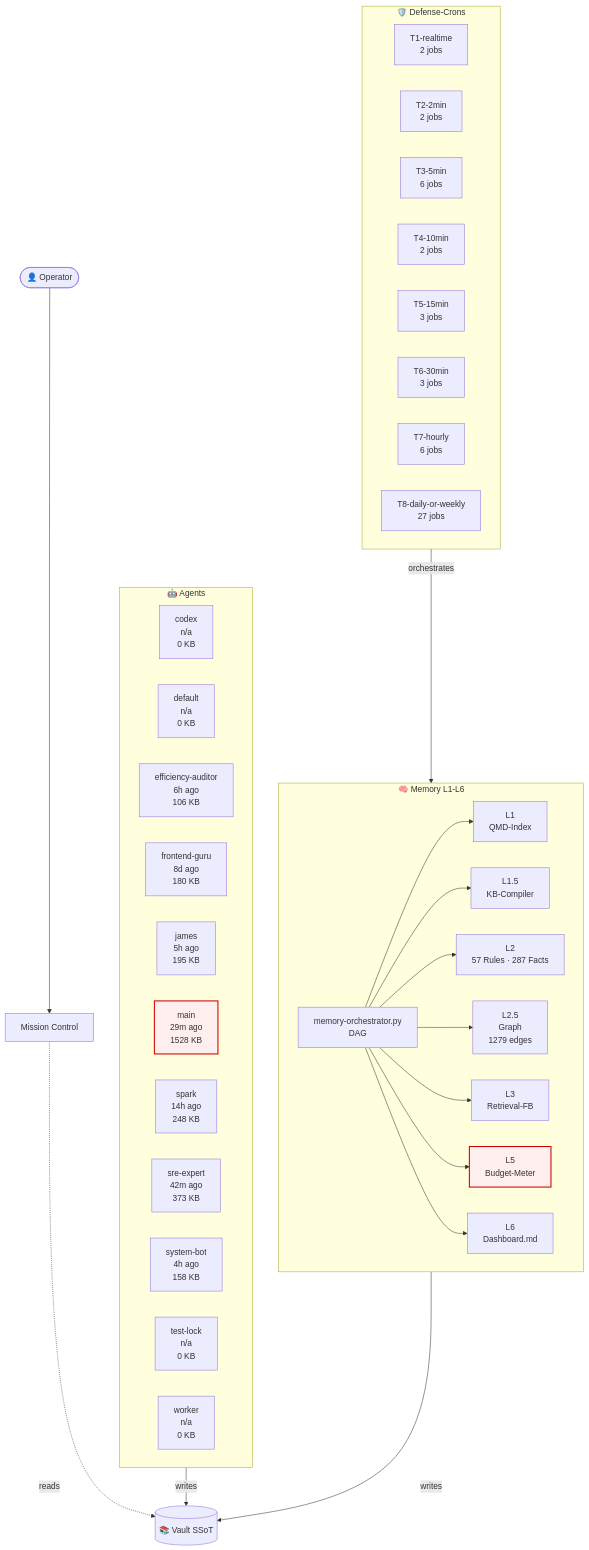
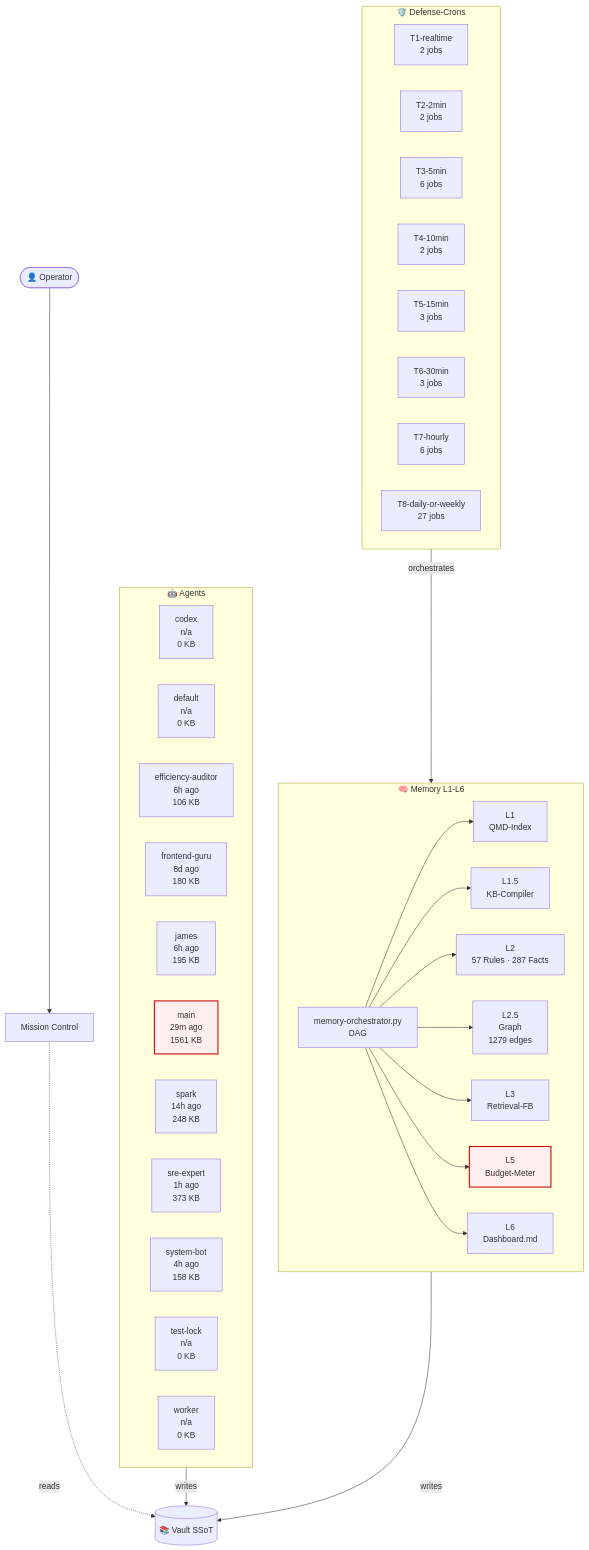
One commit to lenardhuebner88-rgb/openclaw-memory changed the diagram in 03-Agents/architecture-live.md. Above: the diagram before and after it, drawn with Mermaid. The commit also changed other lines of this file and 1 other file, not shown here.

````diff
--- a/03-Agents/architecture-live.md
+++ b/03-Agents/architecture-live.md
@@ -18,54 +18,54 @@
 ```mermaid
 flowchart TB
     classDef critical fill:#fee,stroke:#c00,stroke-width:2px;
     subgraph AGT["🤖 Agents"]
         agent_codex["codex<br/>n/a<br/>0 KB"]
         agent_default["default<br/>n/a<br/>0 KB"]
         agent_efficiency_auditor["efficiency-auditor<br/>6h ago<br/>106 KB"]
         agent_frontend_guru["frontend-guru<br/>8d ago<br/>180 KB"]
-        agent_james["james<br/>5h ago<br/>195 KB"]
-        agent_main["main<br/>29m ago<br/>1528 KB"]
+        agent_james["james<br/>6h ago<br/>195 KB"]
+        agent_main["main<br/>29m ago<br/>1561 KB"]
         agent_spark["spark<br/>14h ago<br/>248 KB"]
-        agent_sre_expert["sre-expert<br/>42m ago<br/>373 KB"]
+        agent_sre_expert["sre-expert<br/>1h ago<br/>373 KB"]
         agent_system_bot["system-bot<br/>4h ago<br/>158 KB"]
         agent_test_lock["test-lock<br/>n/a<br/>0 KB"]
         agent_worker["worker<br/>n/a<br/>0 KB"]
     end
     subgraph MEM["🧠 Memory L1-L6"]
         L1["L1<br/>QMD-Index"]
         L15["L1.5<br/>KB-Compiler"]
         L2["L2<br/>57 Rules · 287 Facts"]
         L25["L2.5<br/>Graph<br/>1279 edges"]
         L3["L3<br/>Retrieval-FB"]
         L5["L5<br/>Budget-Meter"]
         L6["L6<br/>Dashboard.md"]
         ORCH["memory-orchestrator.py<br/>DAG"]
     end
     subgraph CRN["🛡️ Defense-Crons"]
         tier_T1_realtime["T1-realtime<br/>2 jobs"]
         tier_T2_2min["T2-2min<br/>2 jobs"]
         tier_T3_5min["T3-5min<br/>6 jobs"]
         tier_T4_10min["T4-10min<br/>2 jobs"]
         tier_T5_15min["T5-15min<br/>3 jobs"]
         tier_T6_30min["T6-30min<br/>3 jobs"]
         tier_T7_hourly["T7-hourly<br/>6 jobs"]
         tier_T8_daily_or_weekly["T8-daily-or-weekly<br/>27 jobs"]
     end
     VAULT[("📚 Vault SSoT")]
     OP([👤 Operator])
     MC["Mission Control"]
     OP --> MC
     MC -.reads.-> VAULT
     AGT -->|writes| VAULT
     MEM -->|writes| VAULT
     ORCH --> L1
     ORCH --> L15
     ORCH --> L2
     ORCH --> L25
     ORCH --> L3
     ORCH --> L5
     ORCH --> L6
     CRN -->|orchestrates| MEM
     class L5 critical
     class agent_main critical
 ```
````
